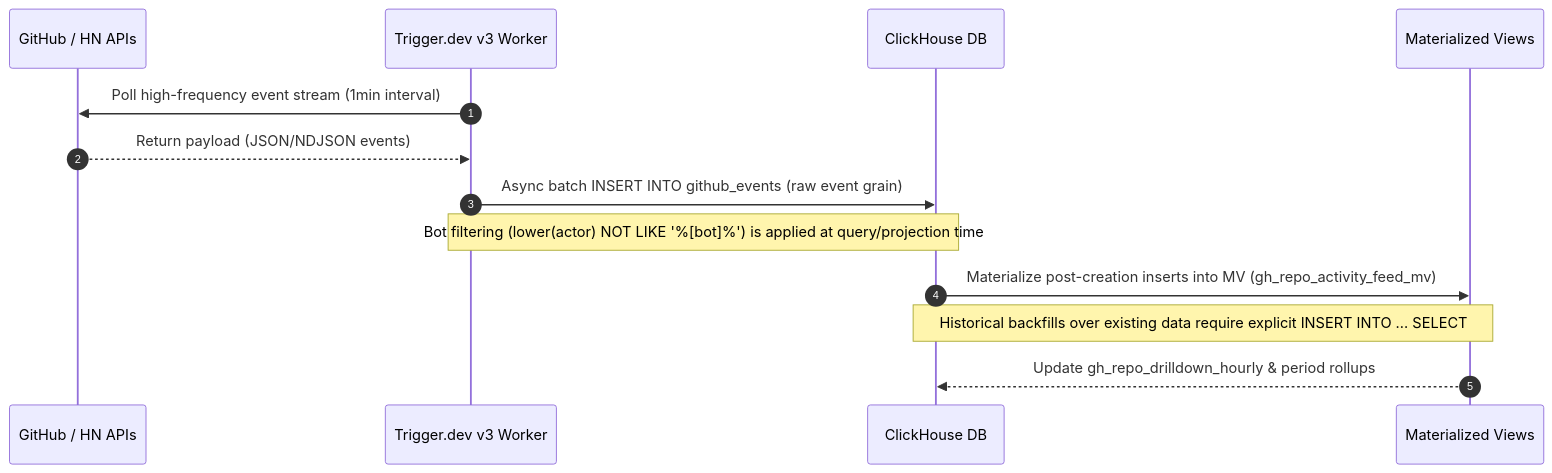
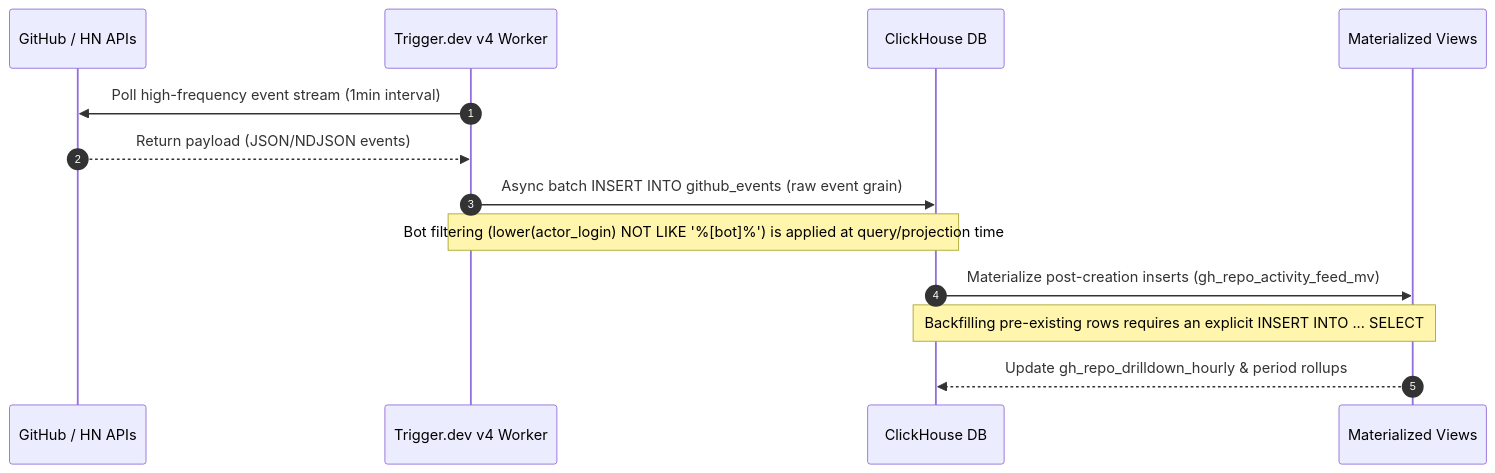
Before and after one commit to victoremnm/attention-terminal: the second of 6 diagrams in docs/architecture/SYSTEM-ARCHITECTURE.md, drawn with Mermaid. The commit also changed other lines of this file and 7 other files, not shown here.

````diff
--- a/docs/architecture/SYSTEM-ARCHITECTURE.md
+++ b/docs/architecture/SYSTEM-ARCHITECTURE.md
@@ -68,16 +68,16 @@
 ```mermaid
 sequenceDiagram
     autonumber
     participant GH as GitHub / HN APIs
-    participant TD as Trigger.dev v3 Worker
+    participant TD as Trigger.dev v4 Worker
     participant CH as ClickHouse DB
     participant MV as Materialized Views
 
     TD->>GH: Poll high-frequency event stream (1min interval)
     GH-->>TD: Return payload (JSON/NDJSON events)
     TD->>CH: Async batch INSERT INTO github_events (raw event grain)
-    Note over TD,CH: Bot filtering (lower(actor) NOT LIKE '%[bot]%') is applied at query/projection time
-    CH->>MV: Materialize post-creation inserts into MV (gh_repo_activity_feed_mv)
-    Note over CH,MV: Historical backfills over existing data require explicit INSERT INTO ... SELECT
+    Note over TD,CH: Bot filtering (lower(actor_login) NOT LIKE '%[bot]%') is applied at query/projection time
+    CH->>MV: Materialize post-creation inserts (gh_repo_activity_feed_mv)
+    Note over CH,MV: Backfilling pre-existing rows requires an explicit INSERT INTO ... SELECT
     MV-->>CH: Update gh_repo_drilldown_hourly & period rollups
 ```
````
